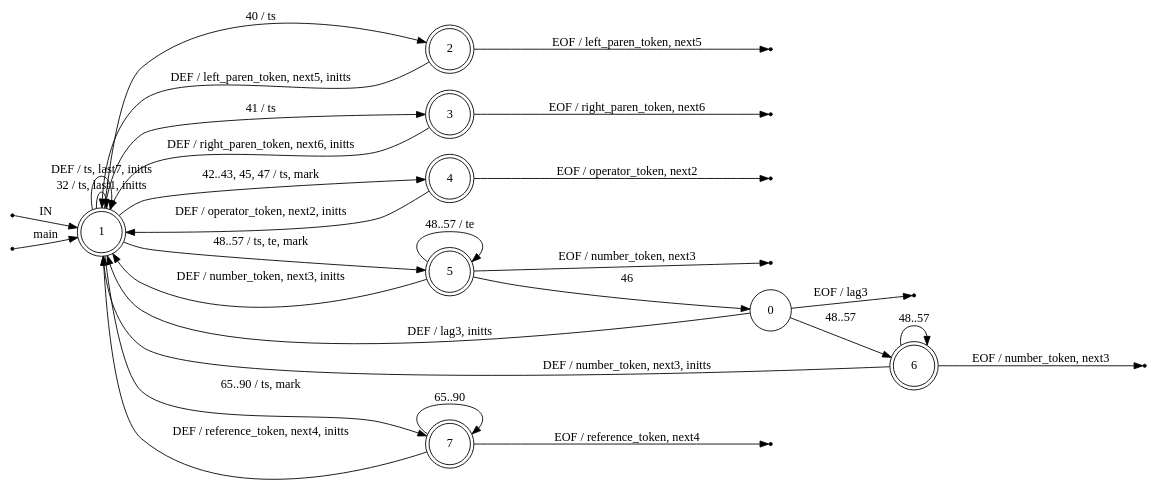
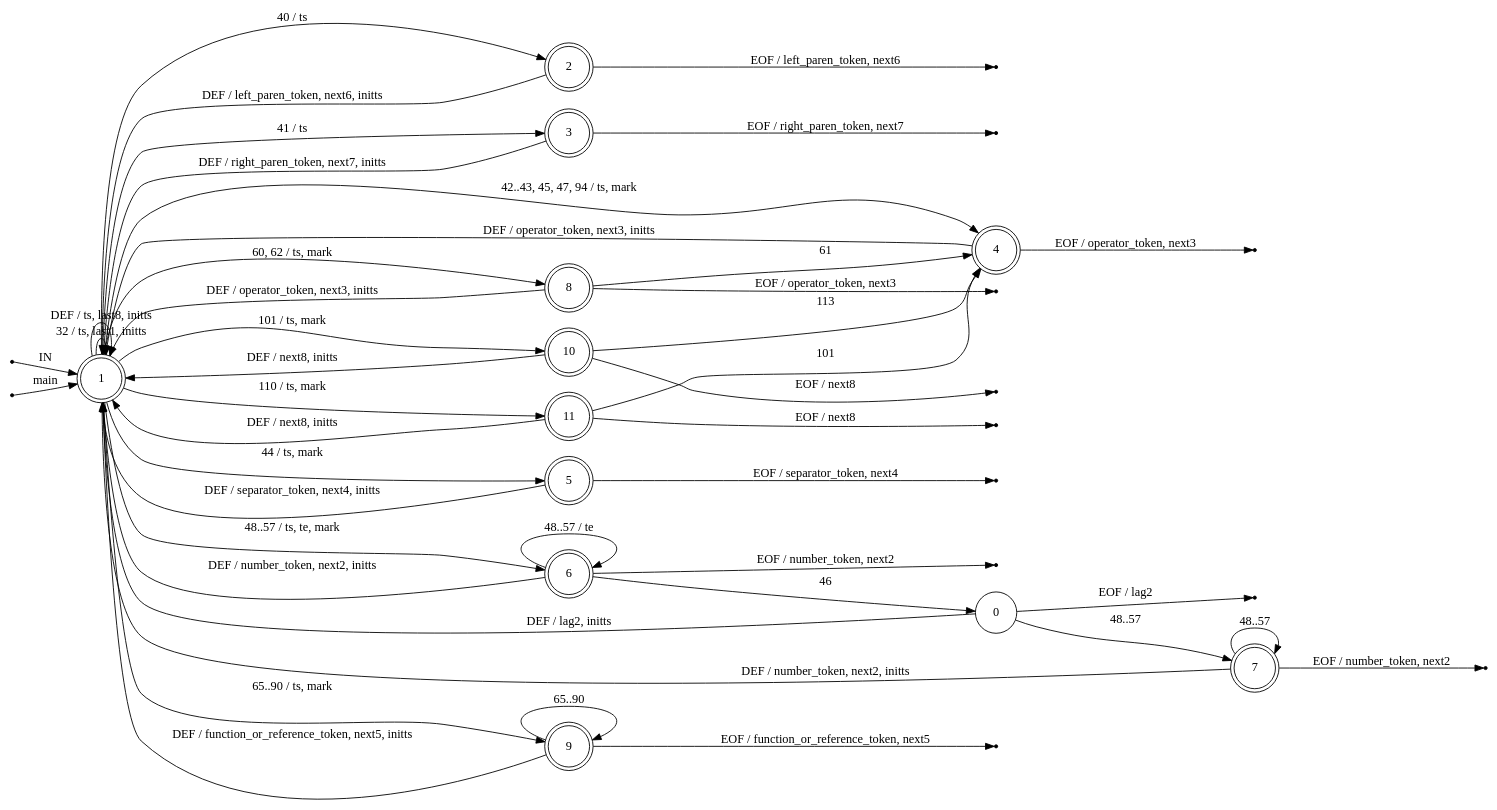
One commit to pramukta/expression-parser changed the diagram in expr.dot. Above: the diagram before and after it, drawn with Graphviz. The commit also changed 3 other files, not shown here.

Commit message:
failed to fix negative number parsing, may need to create a special case in the operator validation section

```diff
--- a/expr.dot
+++ b/expr.dot
@@ -1,51 +1,74 @@
 digraph expr {
 	rankdir=LR;
 	node [ shape = point ];
 	ENTRY;
 	en_1;
 	eof_0;
 	eof_2;
 	eof_3;
 	eof_4;
 	eof_5;
 	eof_6;
 	eof_7;
+	eof_8;
+	eof_9;
+	eof_10;
+	eof_11;
 	node [ shape = circle, height = 0.2 ];
 	node [ fixedsize = true, height = 0.65, shape = doublecircle ];
 	1;
 	2;
 	3;
 	4;
 	5;
 	6;
 	7;
+	8;
+	9;
+	10;
+	11;
 	node [ shape = circle ];
-	0 -> 6 [ label = "48..57" ];
-	0 -> 1 [ label = "DEF / lag3, initts" ];
+	0 -> 7 [ label = "48..57" ];
+	0 -> 1 [ label = "DEF / lag2, initts" ];
 	1 -> 1 [ label = "32 / ts, last1, initts" ];
 	1 -> 2 [ label = "40 / ts" ];
 	1 -> 3 [ label = "41 / ts" ];
-	1 -> 4 [ label = "42..43, 45, 47 / ts, mark" ];
-	1 -> 5 [ label = "48..57 / ts, te, mark" ];
-	1 -> 7 [ label = "65..90 / ts, mark" ];
-	1 -> 1 [ label = "DEF / ts, last7, initts" ];
-	2 -> 1 [ label = "DEF / left_paren_token, next5, initts" ];
-	3 -> 1 [ label = "DEF / right_paren_token, next6, initts" ];
-	4 -> 1 [ label = "DEF / operator_token, next2, initts" ];
-	5 -> 0 [ label = "46" ];
-	5 -> 5 [ label = "48..57 / te" ];
-	5 -> 1 [ label = "DEF / number_token, next3, initts" ];
-	6 -> 6 [ label = "48..57" ];
-	6 -> 1 [ label = "DEF / number_token, next3, initts" ];
-	7 -> 7 [ label = "65..90" ];
-	7 -> 1 [ label = "DEF / reference_token, next4, initts" ];
+	1 -> 4 [ label = "42..43, 45, 47, 94 / ts, mark" ];
+	1 -> 5 [ label = "44 / ts, mark" ];
+	1 -> 6 [ label = "48..57 / ts, te, mark" ];
+	1 -> 8 [ label = "60, 62 / ts, mark" ];
+	1 -> 9 [ label = "65..90 / ts, mark" ];
+	1 -> 10 [ label = "101 / ts, mark" ];
+	1 -> 11 [ label = "110 / ts, mark" ];
+	1 -> 1 [ label = "DEF / ts, last8, initts" ];
+	2 -> 1 [ label = "DEF / left_paren_token, next6, initts" ];
+	3 -> 1 [ label = "DEF / right_paren_token, next7, initts" ];
+	4 -> 1 [ label = "DEF / operator_token, next3, initts" ];
+	5 -> 1 [ label = "DEF / separator_token, next4, initts" ];
+	6 -> 0 [ label = "46" ];
+	6 -> 6 [ label = "48..57 / te" ];
+	6 -> 1 [ label = "DEF / number_token, next2, initts" ];
+	7 -> 7 [ label = "48..57" ];
+	7 -> 1 [ label = "DEF / number_token, next2, initts" ];
+	8 -> 4 [ label = "61" ];
+	8 -> 1 [ label = "DEF / operator_token, next3, initts" ];
+	9 -> 9 [ label = "65..90" ];
+	9 -> 1 [ label = "DEF / function_or_reference_token, next5, initts" ];
+	10 -> 4 [ label = "113" ];
+	10 -> 1 [ label = "DEF / next8, initts" ];
+	11 -> 4 [ label = "101" ];
+	11 -> 1 [ label = "DEF / next8, initts" ];
 	ENTRY -> 1 [ label = "IN" ];
 	en_1 -> 1 [ label = "main" ];
-	0 -> eof_0 [ label = "EOF / lag3" ];
-	2 -> eof_2 [ label = "EOF / left_paren_token, next5" ];
-	3 -> eof_3 [ label = "EOF / right_paren_token, next6" ];
-	4 -> eof_4 [ label = "EOF / operator_token, next2" ];
-	5 -> eof_5 [ label = "EOF / number_token, next3" ];
-	6 -> eof_6 [ label = "EOF / number_token, next3" ];
-	7 -> eof_7 [ label = "EOF / reference_token, next4" ];
+	0 -> eof_0 [ label = "EOF / lag2" ];
+	2 -> eof_2 [ label = "EOF / left_paren_token, next6" ];
+	3 -> eof_3 [ label = "EOF / right_paren_token, next7" ];
+	4 -> eof_4 [ label = "EOF / operator_token, next3" ];
+	5 -> eof_5 [ label = "EOF / separator_token, next4" ];
+	6 -> eof_6 [ label = "EOF / number_token, next2" ];
+	7 -> eof_7 [ label = "EOF / number_token, next2" ];
+	8 -> eof_8 [ label = "EOF / operator_token, next3" ];
+	9 -> eof_9 [ label = "EOF / function_or_reference_token, next5" ];
+	10 -> eof_10 [ label = "EOF / next8" ];
+	11 -> eof_11 [ label = "EOF / next8" ];
 }
```
